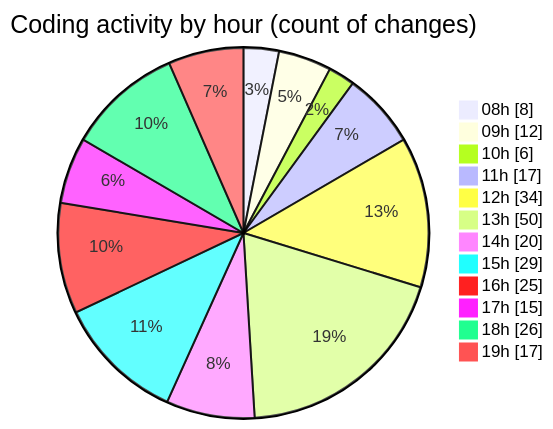
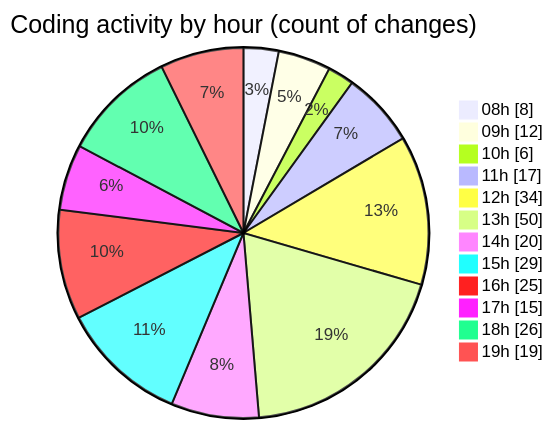
One commit to momahboobian/code-tracking changed the second of 2 diagrams in 2025-09-15/cda/README.md. Above: the diagram before and after it, drawn with Mermaid. The commit also changed other lines of this file and 1 other file, not shown here.

````diff
--- a/2025-09-15/cda/README.md
+++ b/2025-09-15/cda/README.md
@@ -37,16 +37,16 @@
 ```mermaid
 pie showData
 title Coding activity by hour (count of changes)
 "08h" : 8
 "09h" : 12
 "10h" : 6
 "11h" : 17
 "12h" : 34
 "13h" : 50
 "14h" : 20
 "15h" : 29
 "16h" : 25
 "17h" : 15
 "18h" : 26
-"19h" : 17
+"19h" : 19
 ```
````
